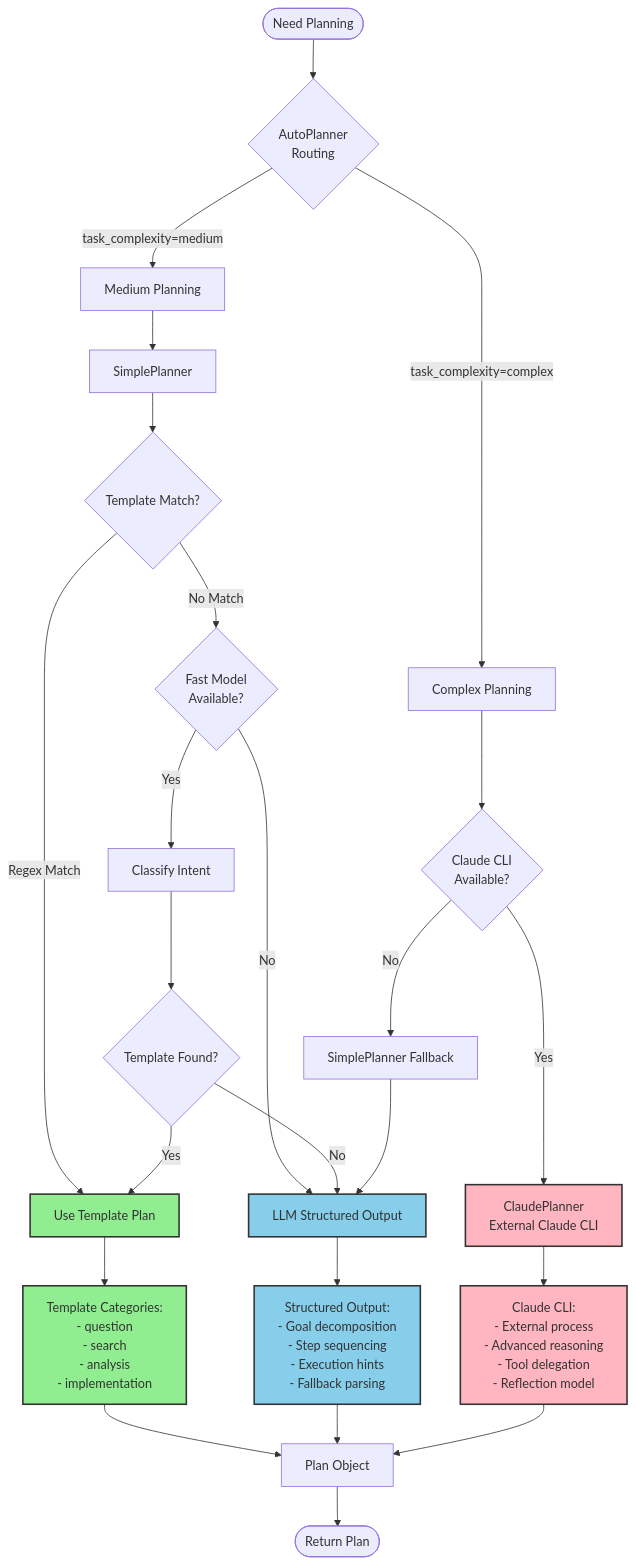
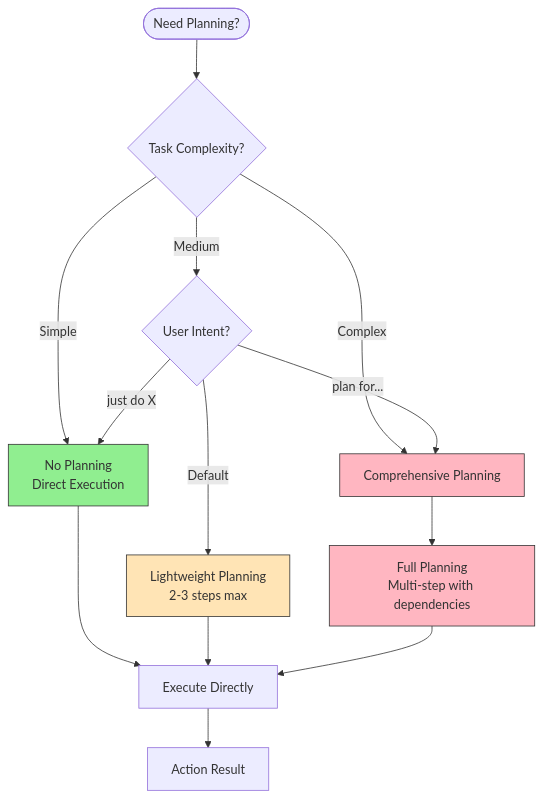
The second of 4 diagrams in docs/specs/RFC-0008.md (OpenSoothe/soothe), drawn with Mermaid before and after one commit. The commit also changed other lines of this file and 23 other files, not shown here.

First line of the commit message:
Implement agentic loop execution architecture

````diff
--- a/docs/specs/RFC-0008.md
+++ b/docs/specs/RFC-0008.md
@@ -214,53 +126,28 @@
 ```mermaid
 flowchart TD
-    Start([Need Planning]) --> Router{AutoPlanner<br/>Routing}
+    Start([Need Planning?]) --> Complexity{Task Complexity?}
 
-    Router -->|task_complexity=medium| Medium[Medium Planning]
-    Router -->|task_complexity=complex| Complex[Complex Planning]
+    Complexity -->|Simple| Simple[No Planning<br/>Direct Execution]
+    Complexity -->|Medium| Medium{User Intent?}
+    Complexity -->|Complex| Complex[Comprehensive Planning]
 
-    %% Medium Path
-    Medium --> SimplePlanner[SimplePlanner]
-    SimplePlanner --> TemplateCheck{Template Match?}
+    Medium -->|"plan for..."| Complex
+    Medium -->|"just do X"| Simple
+    Medium -->|Default| Light[Lightweight Planning<br/>2-3 steps max]
 
-    TemplateCheck -->|Regex Match| UseTemplate[Use Template Plan]
-    TemplateCheck -->|No Match| FastModelCheck{Fast Model<br/>Available?}
+    Simple --> Execute[Execute Directly]
+    Light --> Execute
+    Complex --> FullPlan[Full Planning<br/>Multi-step with dependencies]
 
-    FastModelCheck -->|Yes| IntentClassify[Classify Intent]
-    FastModelCheck -->|No| LLMPlan[LLM Structured Output]
+    FullPlan --> Execute
 
-    IntentClassify --> IntentTemplate{Template Found?}
-    IntentTemplate -->|Yes| UseTemplate
-    IntentTemplate -->|No| LLMPlan
+    Execute --> Result[Action Result]
 
-    %% Complex Path
-    Complex --> ClaudeCheck{Claude CLI<br/>Available?}
-    ClaudeCheck -->|Yes| ClaudePlanner[ClaudePlanner<br/>External Claude CLI]
-    ClaudeCheck -->|No| FallbackSimple[SimplePlanner Fallback]
+    classDef simple fill:#90EE90,stroke:#333
+    classDef medium fill:#FFE4B5,stroke:#333
+    classDef complex fill:#FFB6C1,stroke:#333
 
-    FallbackSimple --> LLMPlan
-
-    %% Template Matching Details
-    UseTemplate --> TemplateDetails[Template Categories:<br/>- question<br/>- search<br/>- analysis<br/>- implementation]
-
-    %% LLM Planning Details
-    LLMPlan --> LLMDetails[Structured Output:<br/>- Goal decomposition<br/>- Step sequencing<br/>- Execution hints<br/>- Fallback parsing]
-
-    %% Claude Planning Details
-    ClaudePlanner --> ClaudeDetails[Claude CLI:<br/>- External process<br/>- Advanced reasoning<br/>- Tool delegation<br/>- Reflection model]
-
-    %% Output
-    TemplateDetails --> Plan[Plan Object]
-    LLMDetails --> Plan
-    ClaudeDetails --> Plan
-
-    Plan --> End([Return Plan])
-
-    %% Styling
-    classDef template fill:#90EE90,stroke:#333,stroke-width:2px
-    classDef llm fill:#87CEEB,stroke:#333,stroke-width:2px
-    classDef claude fill:#FFB6C1,stroke:#333,stroke-width:2px
-
-    class UseTemplate,TemplateDetails template
-    class LLMPlan,LLMDetails llm
-    class ClaudePlanner,ClaudeDetails claude
+    class Simple simple
+    class Light medium
+    class Complex,FullPlan complex
 ```
````
